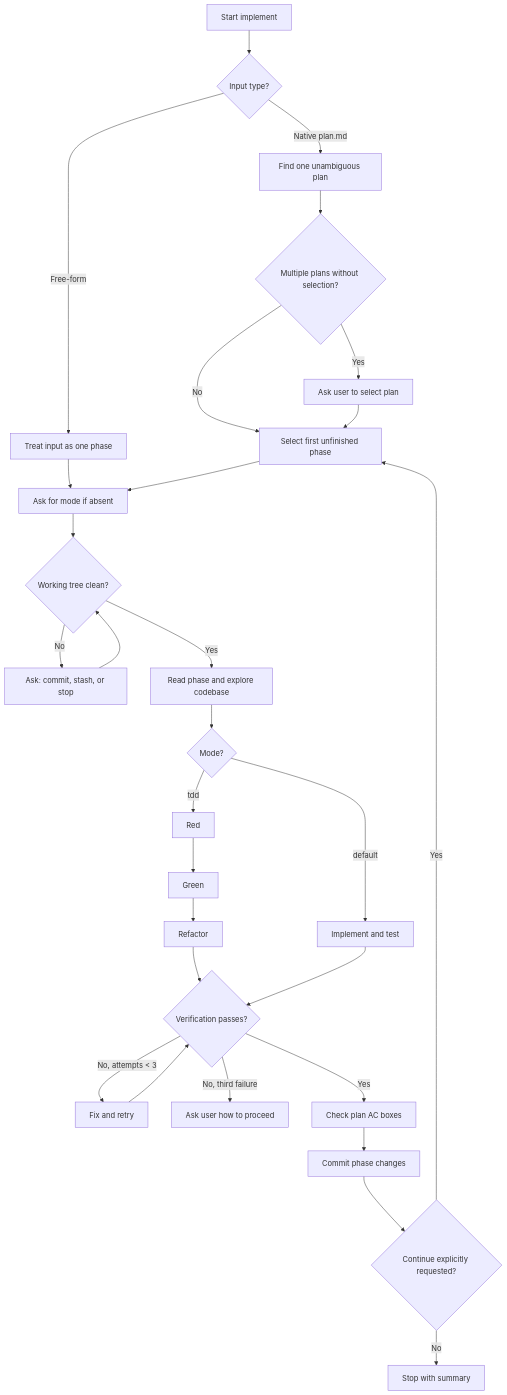
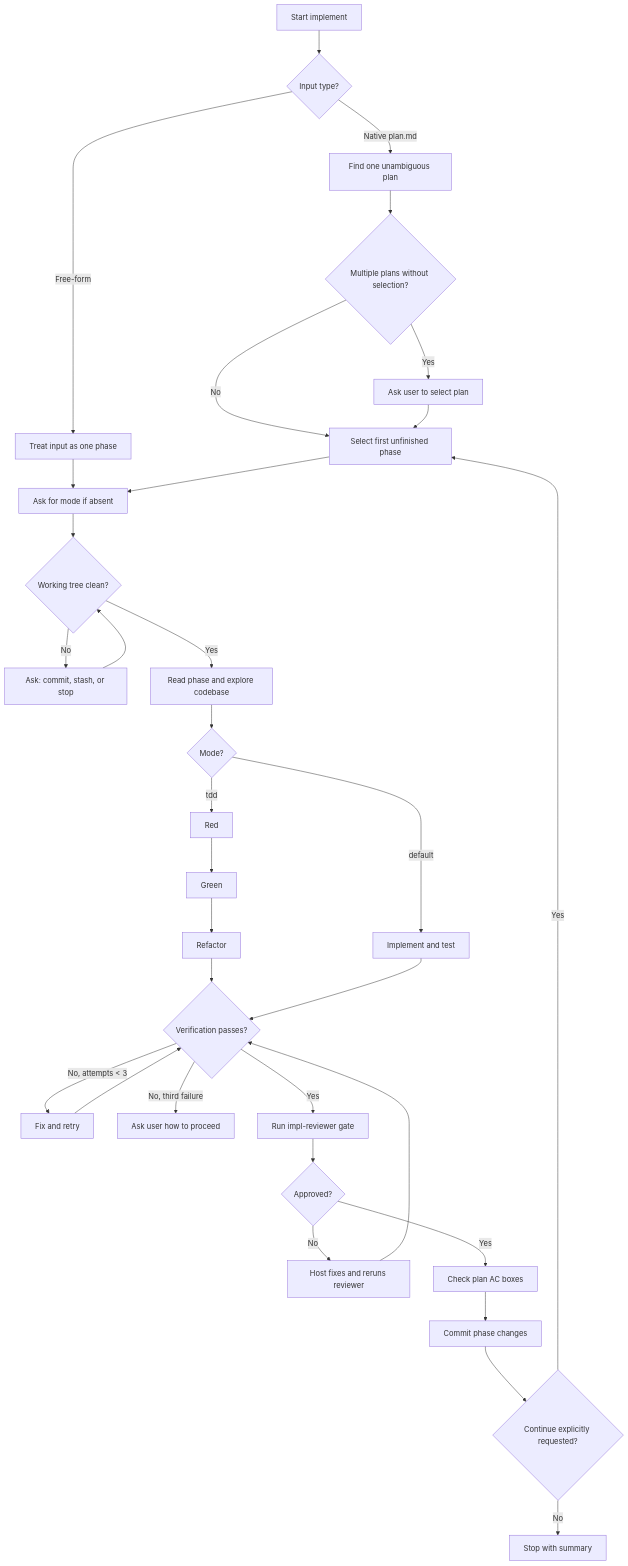
Before and after one commit to sanxzy/skills: the diagram in implement/references/WORKFLOW.md, drawn with Mermaid. The commit also changed other lines of this file and 2 other files, not shown here.

Commit message:
Add impl-reviewer acceptance gate to implement

````diff
--- a/implement/references/WORKFLOW.md
+++ b/implement/references/WORKFLOW.md
@@ -3,31 +3,35 @@
 ```mermaid
 flowchart TD
     A[Start implement] --> B{Input type?}
     B -->|Native plan.md| C[Find one unambiguous plan]
     B -->|Free-form| D[Treat input as one phase]
     C --> E{Multiple plans without selection?}
     E -->|Yes| F[Ask user to select plan]
     E -->|No| G[Select first unfinished phase]
     F --> G
     D --> H[Ask for mode if absent]
     G --> H
     H --> I{Working tree clean?}
     I -->|No| J[Ask: commit, stash, or stop]
     J --> I
     I -->|Yes| K[Read phase and explore codebase]
     K --> L{Mode?}
     L -->|default| M[Implement and test]
     L -->|tdd| N[Red]
     N --> O[Green]
     O --> P[Refactor]
     P --> Q{Verification passes?}
     M --> Q
     Q -->|No, attempts < 3| R[Fix and retry]
     R --> Q
     Q -->|No, third failure| S[Ask user how to proceed]
-    Q -->|Yes| T[Check plan AC boxes]
+    Q -->|Yes| R2[Run impl-reviewer gate]
+    R2 --> R4{Approved?}
+    R4 -->|No| R3[Host fixes and reruns reviewer]
+    R3 --> Q
+    R4 -->|Yes| T[Check plan AC boxes]
     T --> U[Commit phase changes]
     U --> V{Continue explicitly requested?}
     V -->|Yes| G
     V -->|No| W[Stop with summary]
 ```
````
